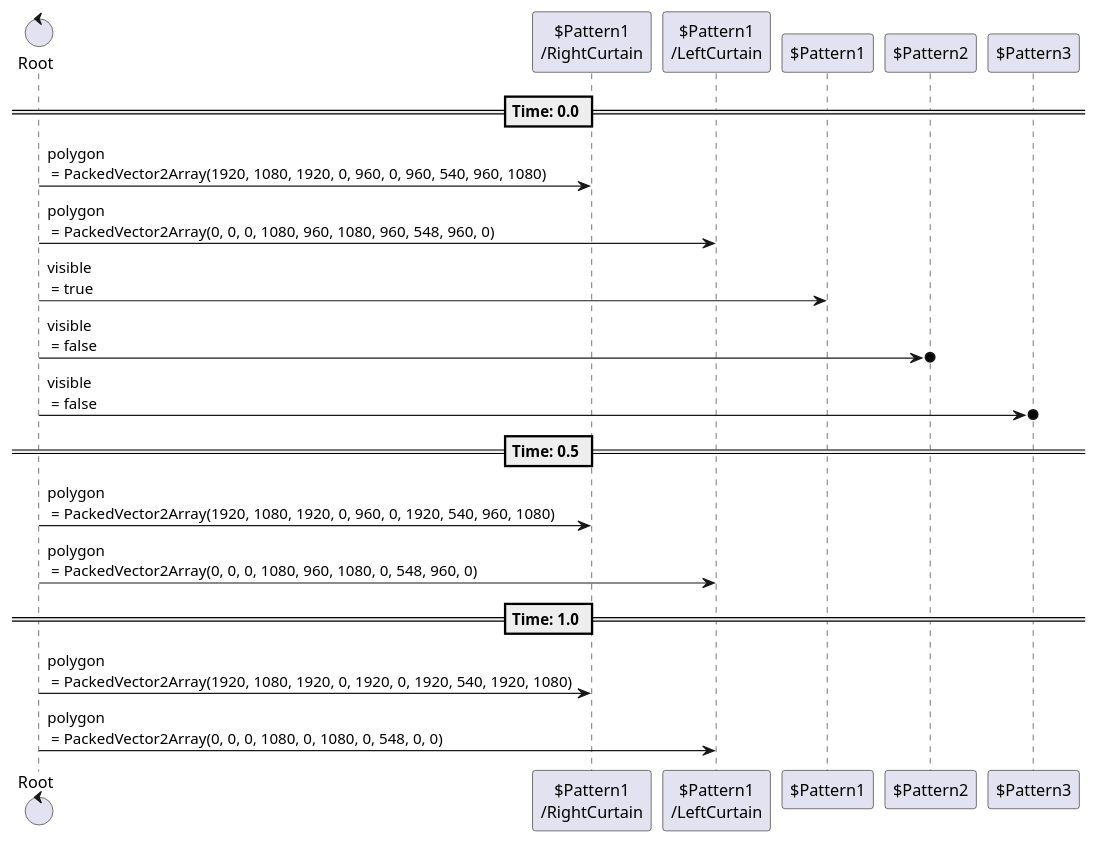
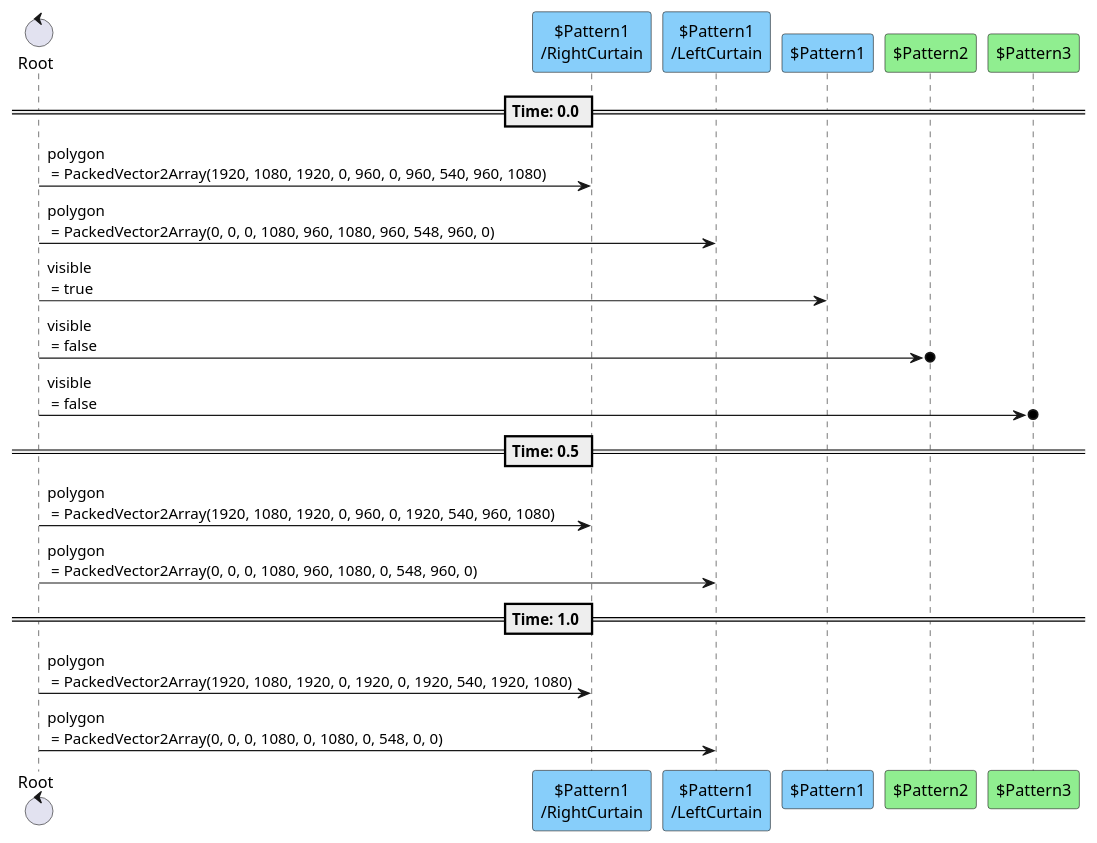
Before and after one commit to tkmfujise/Platformer-Game-Learning: the third of 5 diagrams in content/scenes/src/curtain/opening/opening.tscn.adoc, drawn with PlantUML. The commit also changed other lines of this file and 67 other files, not shown here.

```diff
--- a/content/scenes/src/curtain/opening/opening.tscn.adoc
+++ b/content/scenes/src/curtain/opening/opening.tscn.adoc
@@ -93,26 +93,26 @@
 [plantuml]
 ....
 control "Root" as R
-participant "$Pattern1\n/RightCurtain" as T0
-participant "$Pattern1\n/LeftCurtain" as T1
-participant "$Pattern1" as T2
-participant "$Pattern2" as T3
-participant "$Pattern3" as T4
+participant "$Pattern1\n/RightCurtain" as T0 #87CEFA
+participant "$Pattern1\n/LeftCurtain" as T1 #87CEFA
+participant "$Pattern1" as T2 #87CEFA
+participant "$Pattern2" as T3 #90EE90
+participant "$Pattern3" as T4 #90EE90
 
 
 
 == Time: 0.0 ==
 R  ->  T0 : polygon\n = PackedVector2Array(1920, 1080, 1920, 0, 960, 0, 960, 540, 960, 1080)
 R  ->  T1 : polygon\n = PackedVector2Array(0, 0, 0, 1080, 960, 1080, 960, 548, 960, 0)
 R  ->  T2 : visible\n = true
 R  ->o  T3 : visible\n = false
 R  ->o  T4 : visible\n = false
 == Time: 0.5 ==
 R  ->  T0 : polygon\n = PackedVector2Array(1920, 1080, 1920, 0, 960, 0, 1920, 540, 960, 1080)
 R  ->  T1 : polygon\n = PackedVector2Array(0, 0, 0, 1080, 960, 1080, 0, 548, 960, 0)
 == Time: 1.0 ==
 R  ->  T0 : polygon\n = PackedVector2Array(1920, 1080, 1920, 0, 1920, 0, 1920, 540, 1920, 1080)
 R  ->  T1 : polygon\n = PackedVector2Array(0, 0, 0, 1080, 0, 1080, 0, 548, 0, 0)
 
 
 ....
```
